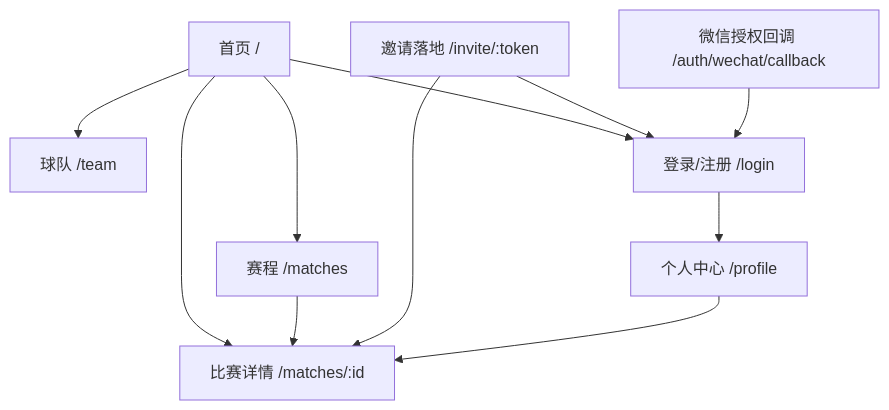
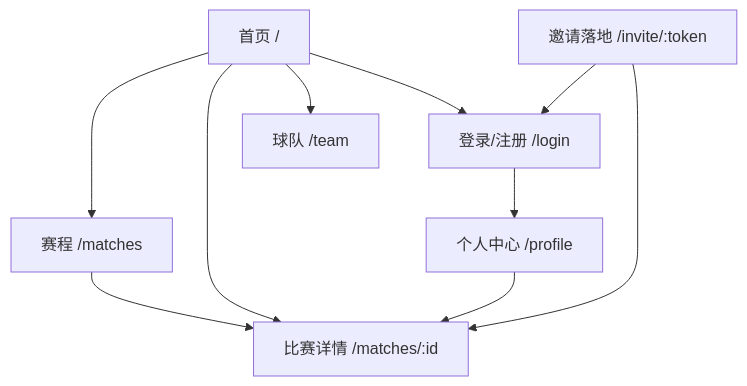
One commit to zhouyacheng/yunhefc changed the first of 10 diagrams in docs/design/02.页面结构与交互设计.md. Above: the diagram before and after it, drawn with Mermaid. The commit also changed other lines of this file and 47 other files, not shown here.

````diff
--- a/docs/design/02.页面结构与交互设计.md
+++ b/docs/design/02.页面结构与交互设计.md
@@ -26,13 +26,12 @@
 ```mermaid
 flowchart TD
   Home[首页 /] --> Matches[赛程 /matches]
   Home --> MatchDetail[比赛详情 /matches/:id]
   Matches --> MatchDetail
   Home --> Team[球队 /team]
   Home --> Login[登录/注册 /login]
   Login --> Profile[个人中心 /profile]
   Invite[邀请落地 /invite/:token] --> Login
   Invite --> MatchDetail
-  Wechat[微信授权回调 /auth/wechat/callback] --> Login
   Profile --> MatchDetail
 ```
````
